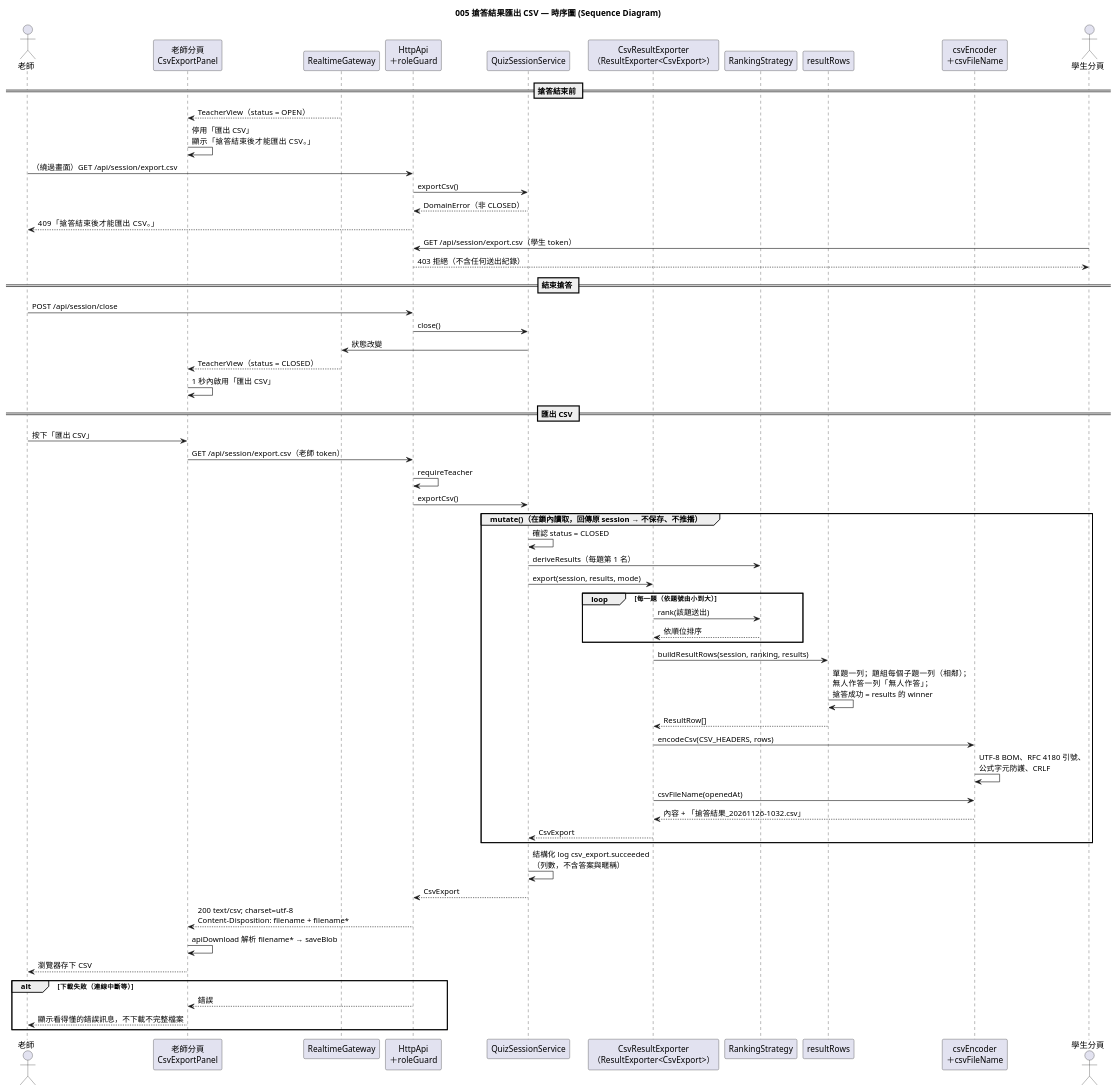
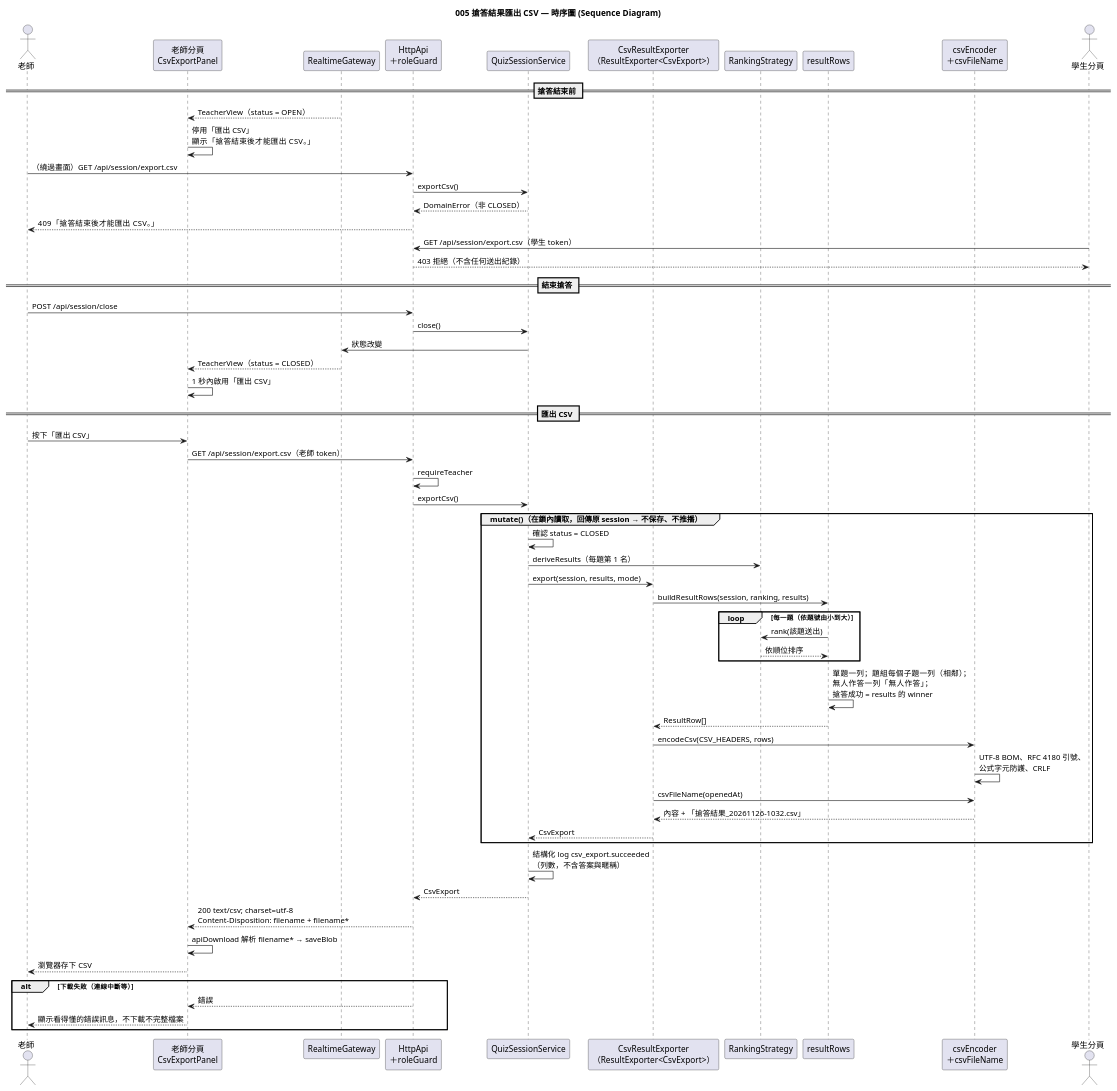
Before and after one commit to kevin20694569/classroom_response_system: the diagram in diagrams/005-results-csv-export-sequence.puml, drawn with PlantUML. The commit also changed 33 other files, not shown here.

First line of the commit message:
feat(005): export quiz results as CSV

```diff
--- a/diagrams/005-results-csv-export-sequence.puml
+++ b/diagrams/005-results-csv-export-sequence.puml
@@ -1,67 +1,67 @@
 @startuml 005-results-csv-export-sequence
 ' 子功能 005：搶答結果匯出 CSV — 時序圖
 skinparam defaultFontName "PingFang TC"
 title 005 搶答結果匯出 CSV — 時序圖 (Sequence Diagram)
 
 actor "老師" as T
 participant "老師分頁\nCsvExportPanel" as Panel
 participant "RealtimeGateway" as RT
 participant "HttpApi\n＋roleGuard" as Http
 participant "QuizSessionService" as Svc
 participant "CsvResultExporter\n（ResultExporter<CsvExport>）" as Csv
 participant "RankingStrategy" as Rank
 participant "resultRows" as Rows
 participant "csvEncoder\n＋csvFileName" as Enc
 actor "學生分頁" as S
 
 == 搶答結束前 ==
 RT --> Panel : TeacherView（status = OPEN）
 Panel -> Panel : 停用「匯出 CSV」\n顯示「搶答結束後才能匯出 CSV。」
 T -> Http : （繞過畫面）GET /api/session/export.csv
 Http -> Svc : exportCsv()
 Svc --> Http : DomainError（非 CLOSED）
 Http --> T : 409「搶答結束後才能匯出 CSV。」
 
 S -> Http : GET /api/session/export.csv（學生 token）
 Http --> S : 403 拒絕（不含任何送出紀錄）
 
 == 結束搶答 ==
 T -> Http : POST /api/session/close
 Http -> Svc : close()
 Svc -> RT : 狀態改變
 RT --> Panel : TeacherView（status = CLOSED）
 Panel -> Panel : 1 秒內啟用「匯出 CSV」
 
 == 匯出 CSV ==
 T -> Panel : 按下「匯出 CSV」
 Panel -> Http : GET /api/session/export.csv（老師 token）
 Http -> Http : requireTeacher
 Http -> Svc : exportCsv()
 group mutate()（在鎖內讀取，回傳原 session → 不保存、不推播）
   Svc -> Svc : 確認 status = CLOSED
   Svc -> Rank : deriveResults（每題第 1 名）
   Svc -> Csv : export(session, results, mode)
+  Csv -> Rows : buildResultRows(session, ranking, results)
   loop 每一題（依題號由小到大）
-    Csv -> Rank : rank(該題送出)
-    Rank --> Csv : 依順位排序
+    Rows -> Rank : rank(該題送出)
+    Rank --> Rows : 依順位排序
   end
-  Csv -> Rows : buildResultRows(session, ranking, results)
   Rows -> Rows : 單題一列；題組每個子題一列（相鄰）；\n無人作答一列「無人作答」；\n搶答成功 = results 的 winner
   Rows --> Csv : ResultRow[]
   Csv -> Enc : encodeCsv(CSV_HEADERS, rows)
   Enc -> Enc : UTF-8 BOM、RFC 4180 引號、\n公式字元防護、CRLF
   Csv -> Enc : csvFileName(openedAt)
   Enc --> Csv : 內容 + 「搶答結果_20261126-1032.csv」
   Csv --> Svc : CsvExport
 end
 Svc -> Svc : 結構化 log csv_export.succeeded\n（列數，不含答案與暱稱）
 Svc --> Http : CsvExport
 Http --> Panel : 200 text/csv; charset=utf-8\nContent-Disposition: filename + filename*
 Panel -> Panel : apiDownload 解析 filename* → saveBlob
 Panel --> T : 瀏覽器存下 CSV
 
 alt 下載失敗（連線中斷等）
   Http --> Panel : 錯誤
   Panel --> T : 顯示看得懂的錯誤訊息，不下載不完整檔案
 end
 @enduml
```
